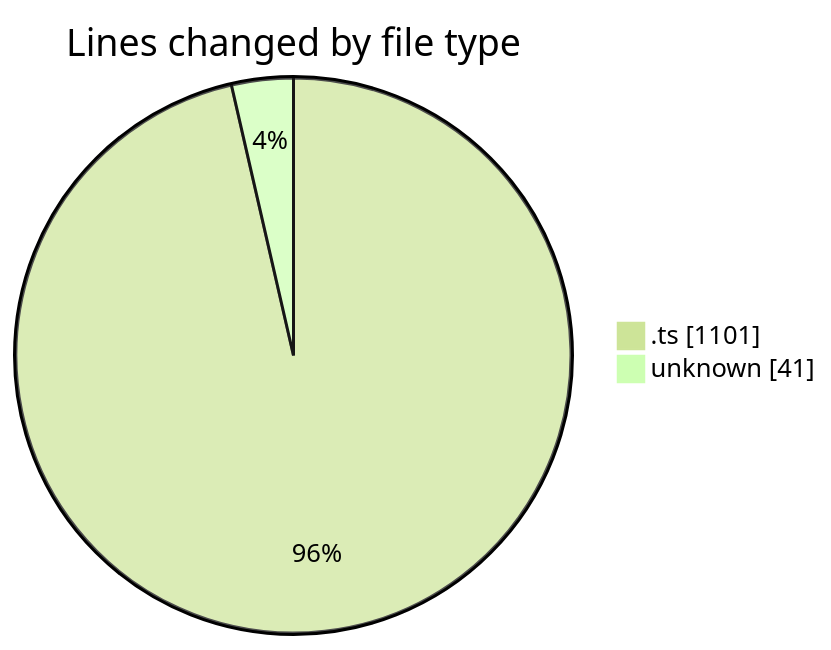
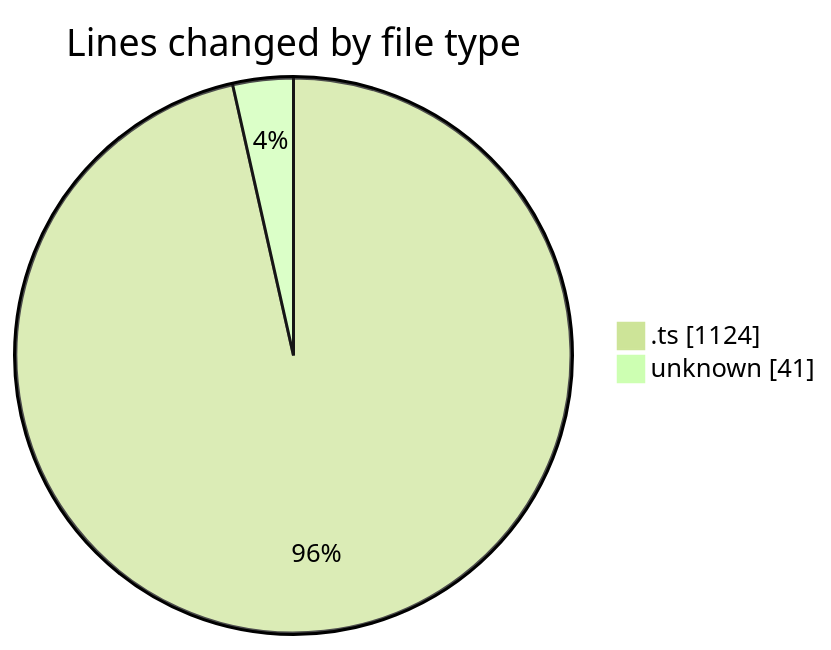
One commit to momahboobian/code-tracking changed the first of 2 diagrams in 2025-08-18/cda/README.md. Above: the diagram before and after it, drawn with Mermaid (forest theme). The commit also changed other lines of this file and 1 other file, not shown here.

````diff
--- a/2025-08-18/cda/README.md
+++ b/2025-08-18/cda/README.md
@@ -24,6 +24,6 @@
 ```mermaid
 pie showData
 title Lines changed by file type
-".ts" : 1101
+".ts" : 1124
 "unknown" : 41
 ```
````
